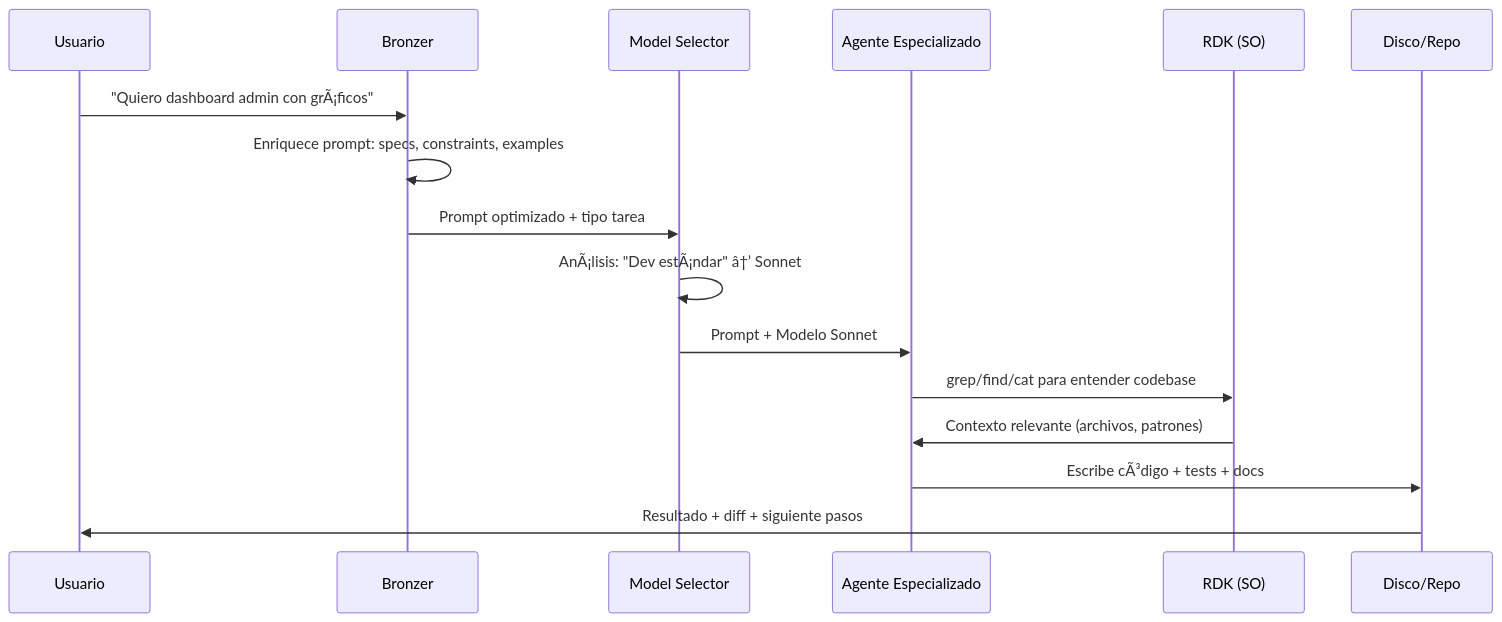
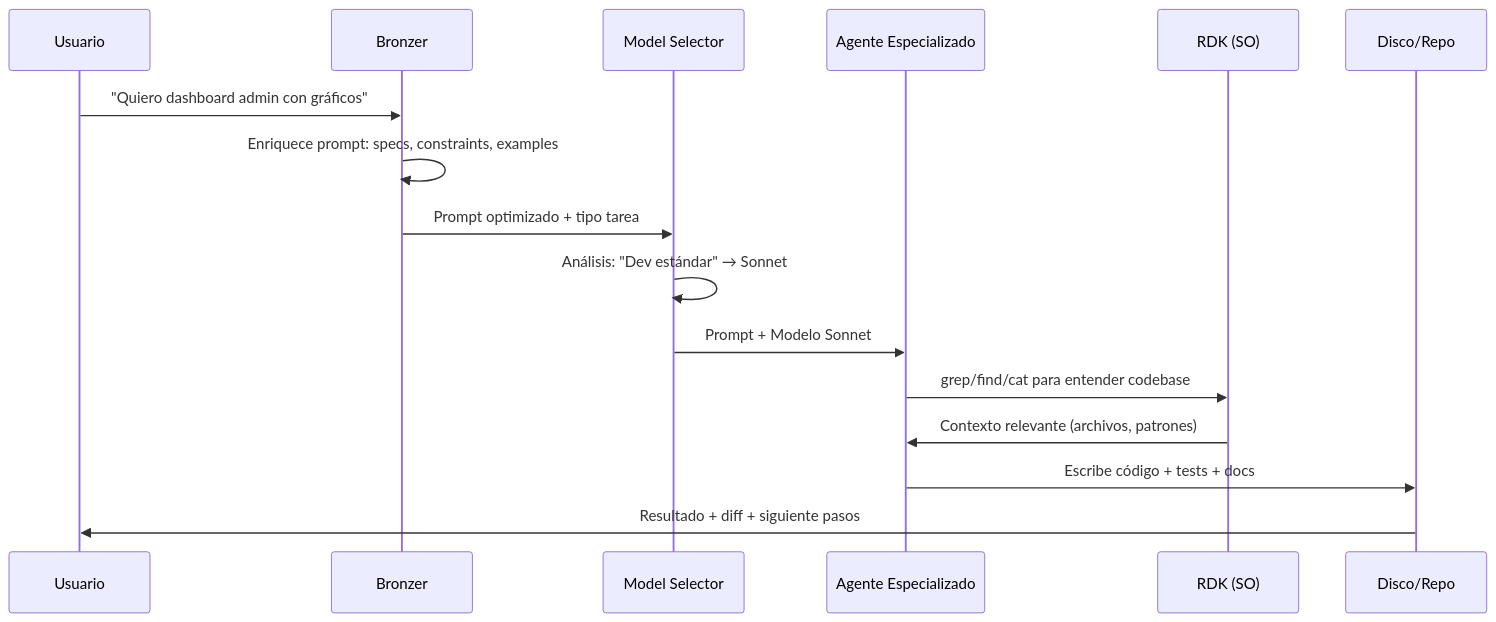
One commit to Andres-Caso-Iglesias/apuntesCyber changed the second of 2 diagrams in apuntes Andres/20.07.2026 IA De los cimientos a la Cima- LLMs, Tokens, Claude Code y Arquitectura de Agentes.md. Above: the diagram before and after it, drawn with Mermaid. The commit also changed other lines of this file and 9 other files, not shown here.

````diff
--- a/apuntes Andres/20.07.2026 IA De los cimientos a la Cima- LLMs, Tokens, Claude Code y Arquitectura de Agentes.md
+++ b/apuntes Andres/20.07.2026 IA De los cimientos a la Cima- LLMs, Tokens, Claude Code y Arquitectura de Agentes.md
@@ -348,19 +348,19 @@
 ```mermaid
 sequenceDiagram
  participant U as Usuario
  participant B as Bronzer
  participant M as Model Selector
  participant A as Agente Especializado
  participant R as RDK (SO)
  participant D as Disco/Repo
  
- U->>B: "Quiero dashboard admin con grÃ¡ficos"
+ U->>B: "Quiero dashboard admin con gráficos"
  B->>B: Enriquece prompt: specs, constraints, examples
  B->>M: Prompt optimizado + tipo tarea
- M->>M: AnÃ¡lisis: "Dev estÃ¡ndar" â†’ Sonnet
+ M->>M: Análisis: "Dev estándar" → Sonnet
  M->>A: Prompt + Modelo Sonnet
  A->>R: grep/find/cat para entender codebase
  R->>A: Contexto relevante (archivos, patrones)
- A->>D: Escribe cÃ³digo + tests + docs
+ A->>D: Escribe código + tests + docs
  D->>U: Resultado + diff + siguiente pasos
 ```
````
